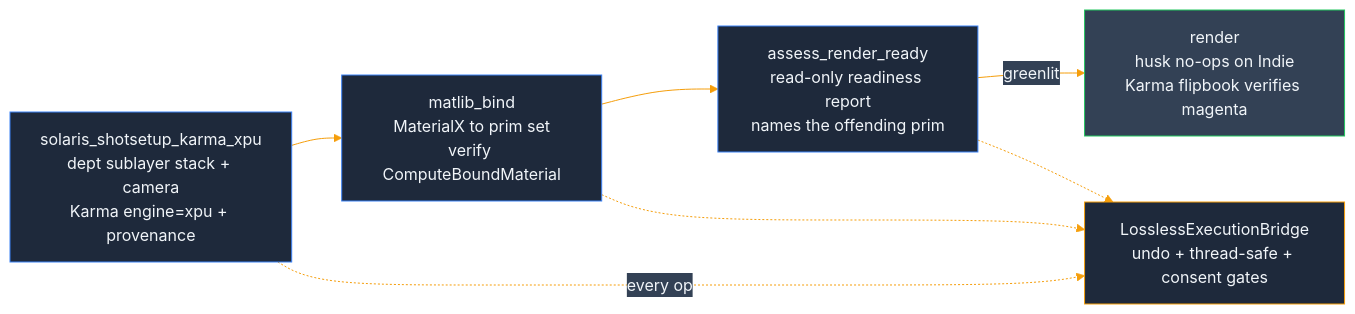
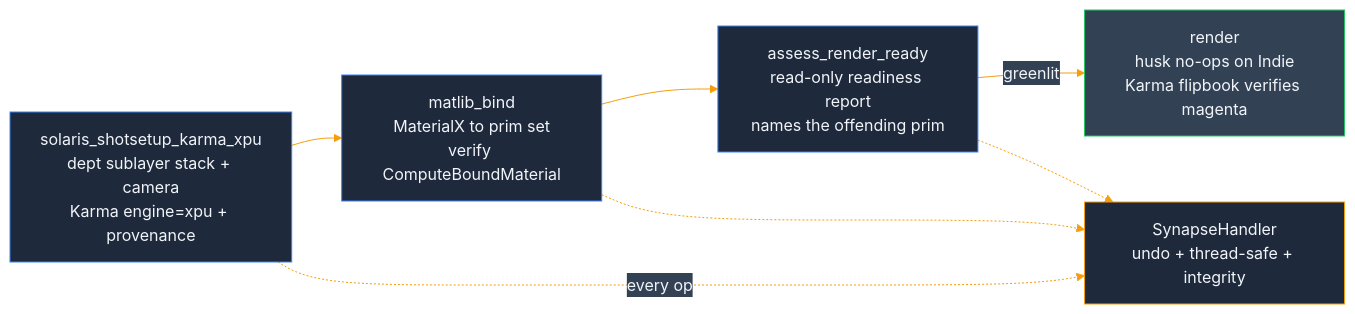
Before and after one commit to JosephOIbrahim/Synapse: the ninth of 13 diagrams in README.md, drawn with Mermaid. The commit also changed other lines of this file and 2 other files, not shown here.

First line of the commit message:
docs: align README/pyproject with the verified live architecture (closes D1 residue)

````diff
--- a/README.md
+++ b/README.md
@@ -359,18 +359,18 @@
 ```mermaid
 %%{init: {'theme':'base', 'themeVariables': {'primaryColor':'#1e293b','primaryTextColor':'#f1f5f9','primaryBorderColor':'#0f172a','lineColor':'#f59e0b','secondaryColor':'#334155','tertiaryColor':'#475569'}}}%%
 flowchart LR
     SS["solaris_shotsetup_karma_xpu<br/>dept sublayer stack + camera<br/>Karma engine=xpu + provenance"]:::tool
     MB["matlib_bind<br/>MaterialX to prim set<br/>verify ComputeBoundMaterial"]:::tool
     AR["assess_render_ready<br/>read-only readiness report<br/>names the offending prim"]:::tool
     RENDER["render<br/>husk no-ops on Indie<br/>Karma flipbook verifies magenta"]:::gate
-    BRIDGE["LosslessExecutionBridge<br/>undo + thread-safe + consent gates"]:::bridge
+    BRIDGE["SynapseHandler<br/>undo + thread-safe + integrity"]:::bridge
     SS --> MB
     MB --> AR
     AR -->|greenlit| RENDER
     SS -.->|every op| BRIDGE
     MB -.-> BRIDGE
     AR -.-> BRIDGE
     classDef tool fill:#1e293b,stroke:#3b82f6,color:#f1f5f9
     classDef gate fill:#334155,stroke:#22c55e,color:#f1f5f9
     classDef bridge fill:#1e293b,stroke:#f59e0b,color:#f1f5f9
 ```
````
